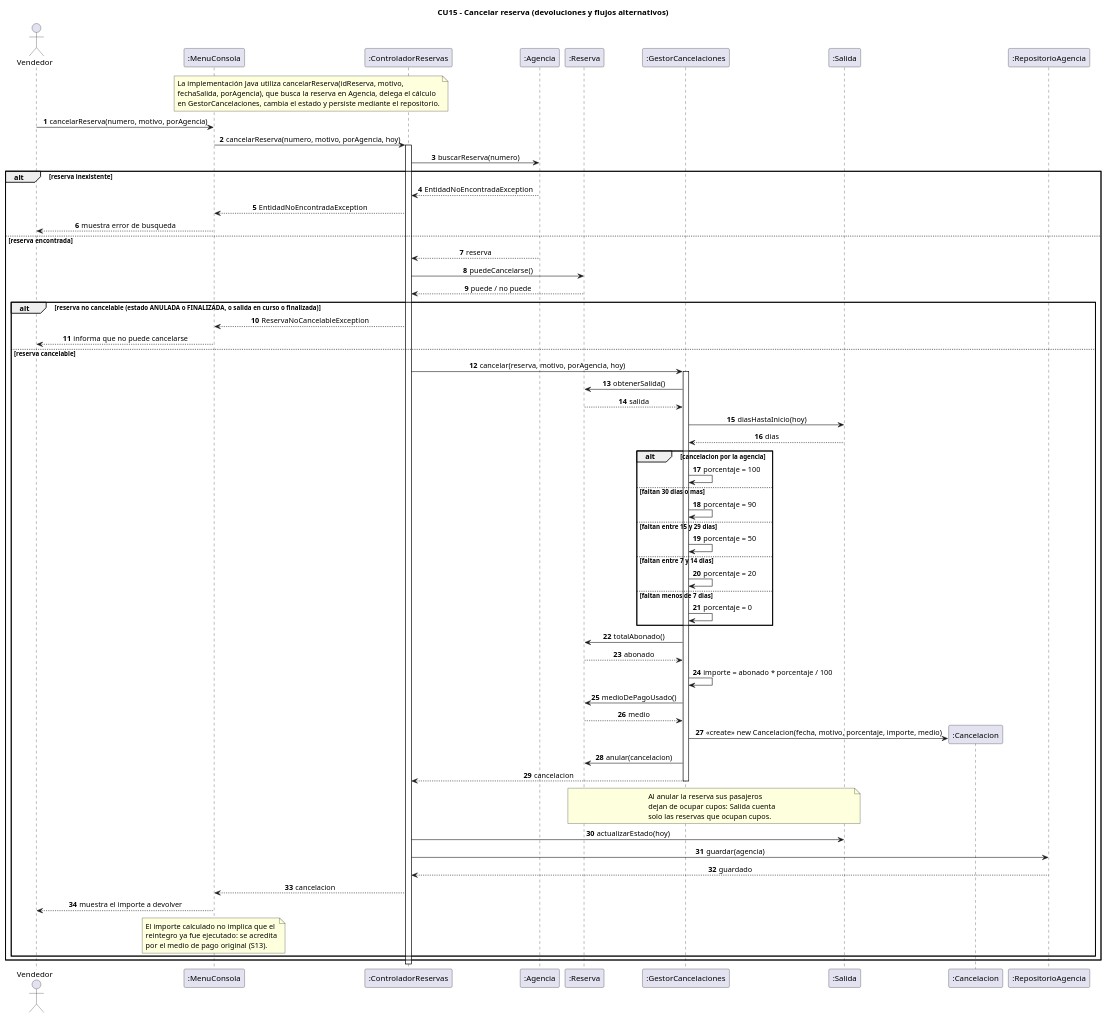
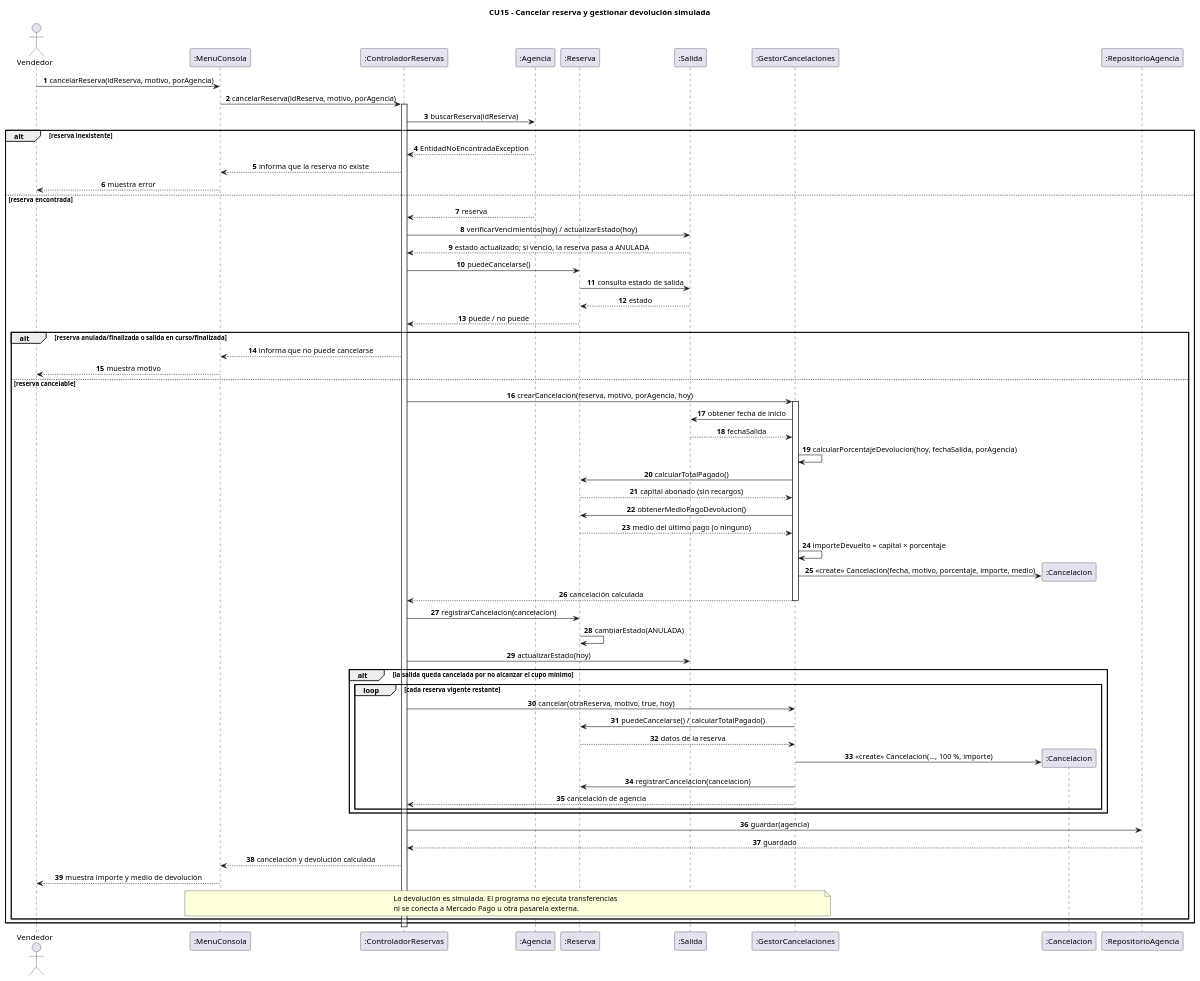
One commit to CarlosDanielOK/Avion changed the diagram in docs/uml/03-secuencia-cancelar-reserva.puml. Above: the diagram before and after it, drawn with PlantUML. The commit also changed 81 other files, not shown here.

```diff
--- a/docs/uml/03-secuencia-cancelar-reserva.puml
+++ b/docs/uml/03-secuencia-cancelar-reserva.puml
@@ -1,103 +1,79 @@
 @startuml 03-secuencia-cancelar-reserva
-title CU15 - Cancelar reserva (devoluciones y flujos alternativos)
+title CU15 - Cancelar reserva y gestionar devolución simulada
 
 skinparam shadowing false
 skinparam backgroundColor White
 skinparam sequenceMessageAlign center
 autonumber
 
 actor Vendedor
 participant ":MenuConsola" as UI
 participant ":ControladorReservas" as CTRL
 participant ":Agencia" as AGE
 participant ":Reserva" as RES
+participant ":Salida" as SAL
 participant ":GestorCancelaciones" as GC
-participant ":Salida" as SAL
 participant ":Cancelacion" as CAN
 participant ":RepositorioAgencia" as REPO
 
-note over UI,CTRL
-La implementación Java utiliza cancelarReserva(idReserva, motivo,
-fechaSalida, porAgencia), que busca la reserva en Agencia, delega el cálculo
-en GestorCancelaciones, cambia el estado y persiste mediante el repositorio.
-end note
-
-Vendedor -> UI : cancelarReserva(numero, motivo, porAgencia)
-UI -> CTRL : cancelarReserva(numero, motivo, porAgencia, hoy)
+Vendedor -> UI : cancelarReserva(idReserva, motivo, porAgencia)
+UI -> CTRL : cancelarReserva(idReserva, motivo, porAgencia)
 activate CTRL
-
-CTRL -> AGE : buscarReserva(numero)
-
+CTRL -> AGE : buscarReserva(idReserva)
 alt reserva inexistente
   AGE --> CTRL : EntidadNoEncontradaException
-  CTRL --> UI : EntidadNoEncontradaException
-  UI --> Vendedor : muestra error de busqueda
-
+  CTRL --> UI : informa que la reserva no existe
+  UI --> Vendedor : muestra error
 else reserva encontrada
   AGE --> CTRL : reserva
+  CTRL -> SAL : verificarVencimientos(hoy) / actualizarEstado(hoy)
+  SAL --> CTRL : estado actualizado; si venció, la reserva pasa a ANULADA
   CTRL -> RES : puedeCancelarse()
+  RES -> SAL : consulta estado de salida
+  SAL --> RES : estado
   RES --> CTRL : puede / no puede
-
-  alt reserva no cancelable (estado ANULADA o FINALIZADA, o salida en curso o finalizada)
-    CTRL --> UI : ReservaNoCancelableException
-    UI --> Vendedor : informa que no puede cancelarse
-
+  alt reserva anulada/finalizada o salida en curso/finalizada
+    CTRL --> UI : informa que no puede cancelarse
+    UI --> Vendedor : muestra motivo
   else reserva cancelable
-    CTRL -> GC : cancelar(reserva, motivo, porAgencia, hoy)
+    CTRL -> GC : crearCancelacion(reserva, motivo, porAgencia, hoy)
     activate GC
-
-    GC -> RES : obtenerSalida()
-    RES --> GC : salida
-    GC -> SAL : diasHastaInicio(hoy)
-    SAL --> GC : dias
-
-    alt cancelacion por la agencia
-      GC -> GC : porcentaje = 100
-    else faltan 30 dias o mas
-      GC -> GC : porcentaje = 90
-    else faltan entre 15 y 29 dias
-      GC -> GC : porcentaje = 50
-    else faltan entre 7 y 14 dias
-      GC -> GC : porcentaje = 20
-    else faltan menos de 7 dias
-      GC -> GC : porcentaje = 0
-    end
-
-    GC -> RES : totalAbonado()
-    RES --> GC : abonado
-
-    GC -> GC : importe = abonado * porcentaje / 100
-
-    GC -> RES : medioDePagoUsado()
-    RES --> GC : medio
-
+    GC -> SAL : obtener fecha de inicio
+    SAL --> GC : fechaSalida
+    GC -> GC : calcularPorcentajeDevolucion(hoy, fechaSalida, porAgencia)
+    GC -> RES : calcularTotalPagado()
+    RES --> GC : capital abonado (sin recargos)
+    GC -> RES : obtenerMedioPagoDevolucion()
+    RES --> GC : medio del último pago (o ninguno)
+    GC -> GC : importeDevuelto = capital × porcentaje
     create CAN
-    GC -> CAN : <<create>> new Cancelacion(fecha, motivo, porcentaje, importe, medio)
-
-    GC -> RES : anular(cancelacion)
-    GC --> CTRL : cancelacion
+    GC -> CAN : <<create>> Cancelacion(fecha, motivo, porcentaje, importe, medio)
+    GC --> CTRL : cancelación calculada
     deactivate GC
 
-    note over RES,SAL
-      Al anular la reserva sus pasajeros
-      dejan de ocupar cupos: Salida cuenta
-      solo las reservas que ocupan cupos.
-    end note
-
+    CTRL -> RES : registrarCancelacion(cancelacion)
+    RES -> RES : cambiarEstado(ANULADA)
     CTRL -> SAL : actualizarEstado(hoy)
+    alt la salida queda cancelada por no alcanzar el cupo mínimo
+      loop cada reserva vigente restante
+        CTRL -> GC : cancelar(otraReserva, motivo, true, hoy)
+        GC -> RES : puedeCancelarse() / calcularTotalPagado()
+        RES --> GC : datos de la reserva
+        create CAN
+        GC -> CAN : <<create>> Cancelacion(..., 100 %, importe)
+        GC -> RES : registrarCancelacion(cancelacion)
+        GC --> CTRL : cancelación de agencia
+      end
+    end
     CTRL -> REPO : guardar(agencia)
     REPO --> CTRL : guardado
-
-    CTRL --> UI : cancelacion
-    UI --> Vendedor : muestra el importe a devolver
-
-    note over UI
-      El importe calculado no implica que el
-      reintegro ya fue ejecutado: se acredita
-      por el medio de pago original (S13).
+    CTRL --> UI : cancelación y devolución calculada
+    UI --> Vendedor : muestra importe y medio de devolución
+    note over UI,GC
+    La devolución es simulada. El programa no ejecuta transferencias
+    ni se conecta a Mercado Pago u otra pasarela externa.
     end note
   end
 end
-
 deactivate CTRL
 @enduml
```
